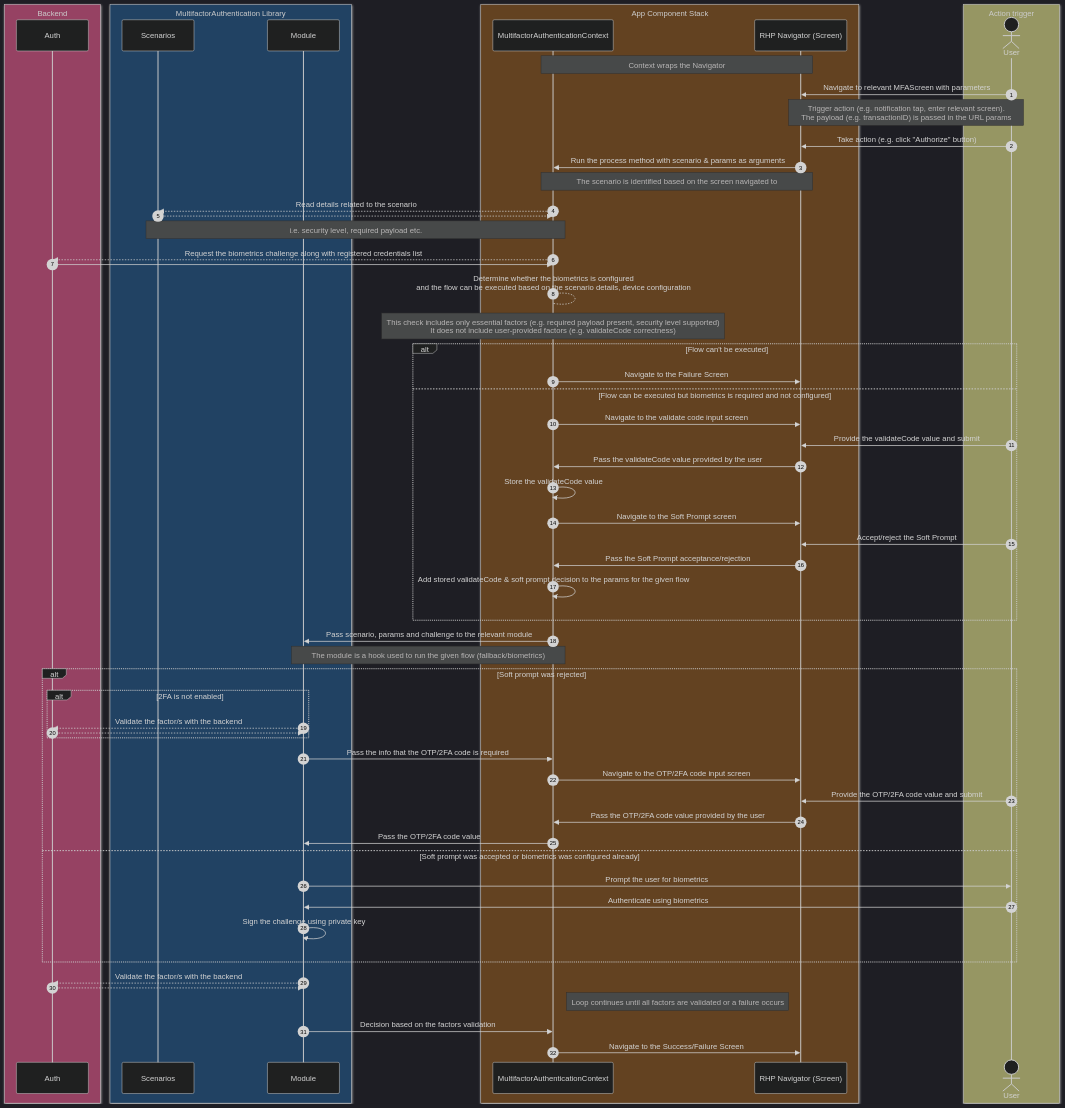
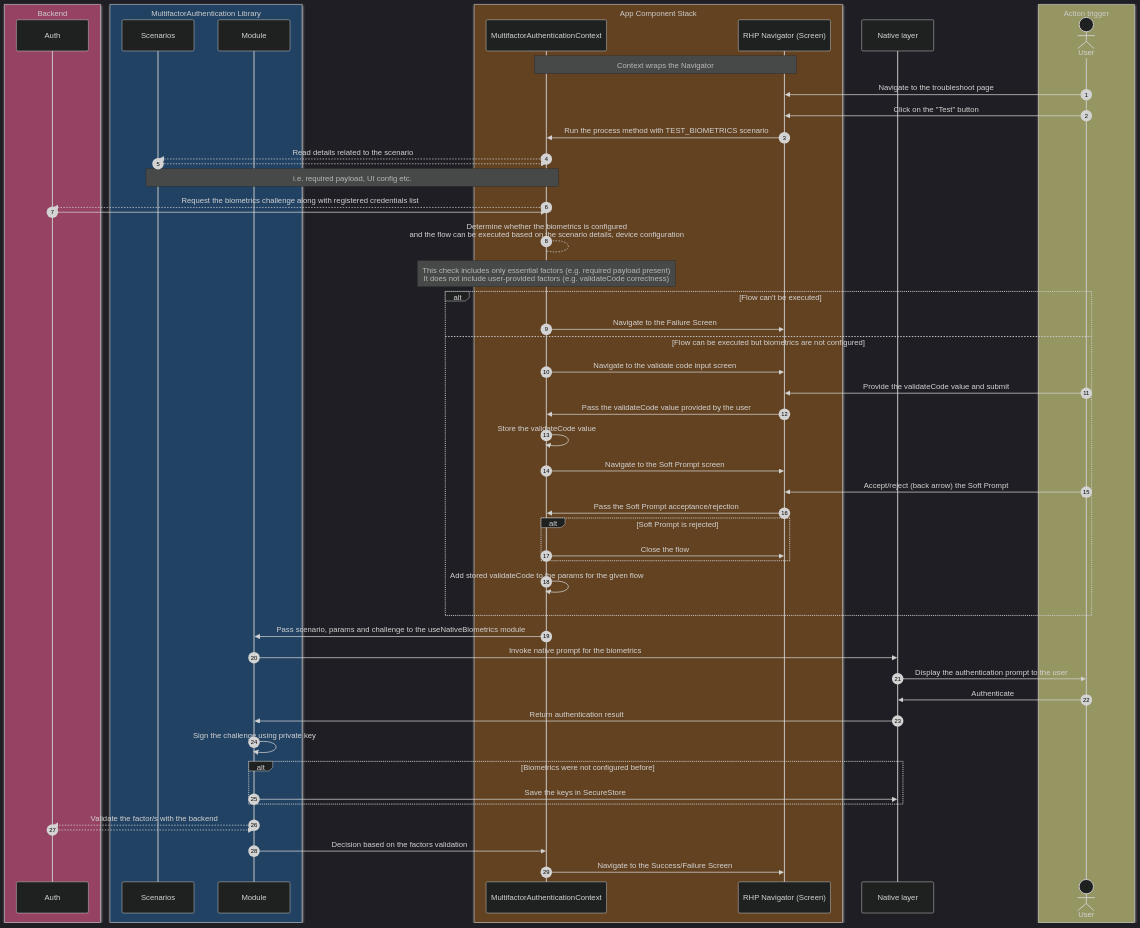
Before and after one commit to JakubKorytko/expensify-cards: the second of 4 diagrams in structure.md, drawn with Mermaid. The commit also changed other lines of this file and 5 other files, not shown here.

Commit message:
Update the diagrams and structure

````diff
--- a/structure.md
+++ b/structure.md
@@ -192,76 +77,67 @@
 ```mermaid
 ---
 config:
   theme: dark
 ---
 sequenceDiagram
     autonumber
     box rgba(150,66,99,1) Backend
         participant Server as Auth
     end
 
     box rgba(33,66,99,1) MultifactorAuthentication Library
         participant SC as Scenarios
         participant Module as Module
     end
 
     box rgba(99,66,33,1) App Component Stack
         participant MFACTX as MultifactorAuthenticationContext
         participant RHPRHP as RHP Navigator (Screen)
     end
 
+    participant NL as Native layer
 
     box rgba(150,150,99,1) Action trigger
         actor User
     end
 
-
     Note over MFACTX,RHPRHP: Context wraps the Navigator
-    User->>RHPRHP: Navigate to relevant MFAScreen with parameters
-    Note over User,RHPRHP: Trigger action (e.g. notification tap, enter relevant screen).<br />The payload (e.g. transactionID) is passed in the URL params
-    User->>RHPRHP: Take action (e.g. click "Authorize" button)
-    RHPRHP->>MFACTX: Run the process method with scenario & params as arguments
-        Note over RHPRHP,MFACTX: The scenario is identified based on the screen navigated to
+    User->>RHPRHP: Navigate to the troubleshoot page
+    User->>RHPRHP: Click on the "Test" button
+    RHPRHP->>MFACTX: Run the process method with TEST_BIOMETRICS scenario
     MFACTX-->>SC: Read details related to the scenario
     SC-->>MFACTX: ;
-        Note over MFACTX,SC: i.e. security level, required payload etc.
+        Note over MFACTX,SC: i.e. required payload, UI config etc.
     MFACTX-->>Server: Request the biometrics challenge along with registered credentials list
     Server->>MFACTX: ;
     MFACTX-->MFACTX: Determine whether the biometrics is configured<br /> and the flow can be executed based on the scenario details, device configuration
-        Note over MFACTX: This check includes only essential factors (e.g. required payload present, security level supported) <br /> It does not include user-provided factors (e.g. validateCode correctness)
+        Note over MFACTX: This check includes only essential factors (e.g. required payload present) <br /> It does not include user-provided factors (e.g. validateCode correctness)
     alt Flow can't be executed
         MFACTX->>RHPRHP: Navigate to the Failure Screen
-    else Flow can be executed but biometrics is required and not configured
+    else Flow can be executed but biometrics are not configured
         MFACTX->>RHPRHP: Navigate to the validate code input screen
         User->>RHPRHP: Provide the validateCode value and submit
         RHPRHP->>MFACTX: Pass the validateCode value provided by the user
         MFACTX->>MFACTX: Store the validateCode value
         MFACTX->>RHPRHP: Navigate to the Soft Prompt screen
-        User->>RHPRHP: Accept/reject the Soft Prompt
+        User->>RHPRHP: Accept/reject (back arrow) the Soft Prompt
         RHPRHP->>MFACTX: Pass the Soft Prompt acceptance/rejection
-        MFACTX->>MFACTX: Add stored validateCode & soft prompt decision to the params for the given flow
+        alt Soft Prompt is rejected
+            MFACTX->>RHPRHP: Close the flow
+        end
+        MFACTX->>MFACTX: Add stored validateCode to the params for the given flow
     end
-    MFACTX->>Module: Pass scenario, params and challenge to the relevant module
-        Note over MFACTX,Module: The module is a hook used to run the given flow (fallback/biometrics)
-
-    alt Soft prompt was rejected
-        alt 2FA is not enabled
-            Module-->>Server: Validate the factor/s with the backend
-            Server-->>Module: ;
-        end
-            Module->>MFACTX: Pass the info that the OTP/2FA code is required
-            MFACTX->>RHPRHP: Navigate to the OTP/2FA code input screen
-            User->>RHPRHP: Provide the OTP/2FA code value and submit
-            RHPRHP->>MFACTX: Pass the OTP/2FA code value provided by the user
-            MFACTX->>Module: Pass the OTP/2FA code value
-    else Soft prompt was accepted or biometrics was configured already
-        Module->>User: Prompt the user for biometrics
-        User->>Module: Authenticate using biometrics
-        Module->>Module: Sign the challenge using private key
+    MFACTX->>Module: Pass scenario, params and challenge to the useNativeBiometrics module
+    Module->>NL: Invoke native prompt for the biometrics
+    NL->>User: Display the authentication prompt to the user
+    User->>NL: Authenticate
+    NL->>Module: Return authentication result
+    Module->>Module: Sign the challenge using private key
+    alt Biometrics were not configured before
+        Module->>NL: Save the keys in SecureStore
     end
     Module-->>Server: Validate the factor/s with the backend
     Server-->>Module: ;
-        Note left of RHPRHP: Loop continues until all factors are validated or a failure occurs
     Module->>MFACTX: Decision based on the factors validation
     MFACTX->>RHPRHP: Navigate to the Success/Failure Screen
 ```
````
